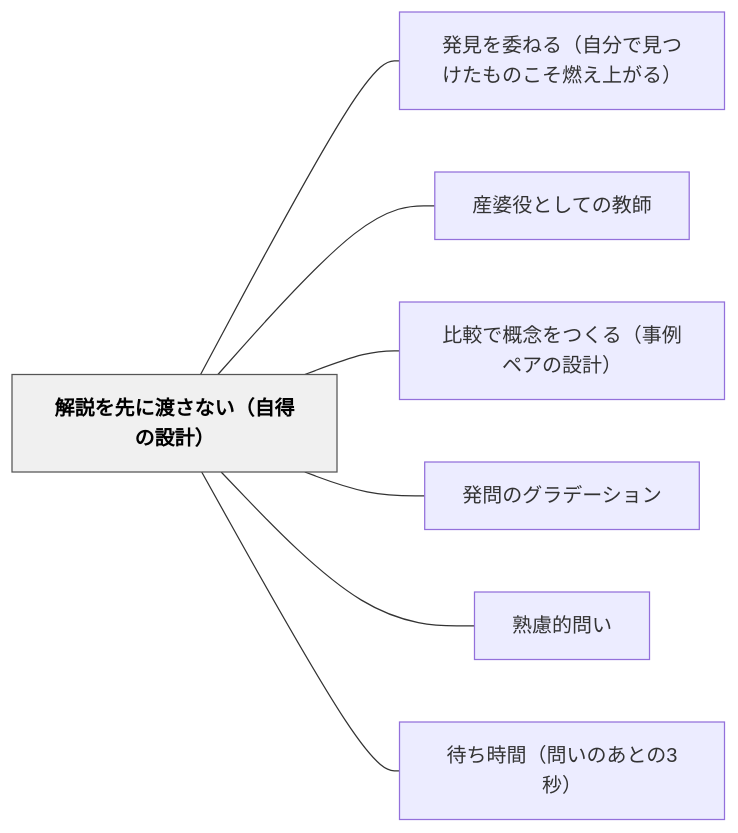
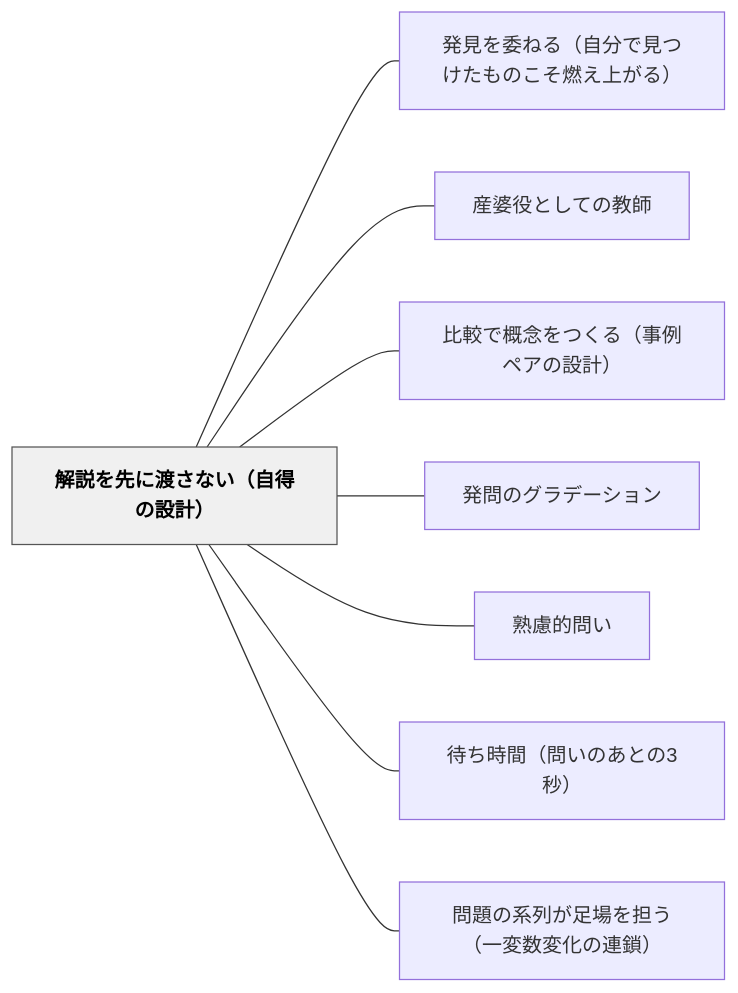
Before and after one commit to unknownthings-ed-patterns/unknownthings-ed-patterns: the diagram in content/パタン/解説を先に渡さない（自得の設計）.md, drawn with Mermaid. The commit also changed other lines of this file and 4 other files, not shown here.

````diff
--- a/content/パタン/解説を先に渡さない（自得の設計）.md
+++ b/content/パタン/解説を先に渡さない（自得の設計）.md
@@ -90,20 +91,22 @@
 ```mermaid
 flowchart LR
     ne8a7a3e8aaace38292e58588e381abe6b8a1e38195e381aae38184efbc88e887aae5be97e381aee8a8ade8a888efbc89["解説を先に渡さない（自得の設計）"]
     ne799bae8a68be38292e5a794e381ade3828befbc88e887aae58886e381a7e8a68be381a4e38191e3819fe38282e381aee38193e3819de78783e38188e4b88ae3818ce3828befbc89["発見を委ねる（自分で見つけたものこそ燃え上がる）"]
     ne794a3e5a986e5bdb9e381a8e38197e381a6e381aee69599e5b8ab["産婆役としての教師"]
     ne6af94e8bc83e381a7e6a682e5bfb5e38292e381a4e3818fe3828befbc88e4ba8be4be8be3839ae382a2e381aee8a8ade8a888efbc89["比較で概念をつくる（事例ペアの設計）"]
     ne799bae5958fe381aee382b0e383a9e38387e383bce382b7e383a7e383b3["発問のグラデーション"]
     ne7869fe685aee79a84e5958fe38184["熟慮的問い"]
     ne5be85e381a1e69982e99693efbc88e5958fe38184e381aee38182e381a8e381ae33e7a792efbc89["待ち時間（問いのあとの3秒）"]
+    ne5958fe9a18ce381aee7b3bbe58897e3818ce8b6b3e5a0b4e38292e68b85e38186efbc88e4b880e5a489e695b0e5a489e58c96e381aee980a3e98e96efbc89["問題の系列が足場を担う（一変数変化の連鎖）"]
 
     ne8a7a3e8aaace38292e58588e381abe6b8a1e38195e381aae38184efbc88e887aae5be97e381aee8a8ade8a888efbc89 --- ne799bae8a68be38292e5a794e381ade3828befbc88e887aae58886e381a7e8a68be381a4e38191e3819fe38282e381aee38193e3819de78783e38188e4b88ae3818ce3828befbc89
     ne8a7a3e8aaace38292e58588e381abe6b8a1e38195e381aae38184efbc88e887aae5be97e381aee8a8ade8a888efbc89 --- ne794a3e5a986e5bdb9e381a8e38197e381a6e381aee69599e5b8ab
     ne8a7a3e8aaace38292e58588e381abe6b8a1e38195e381aae38184efbc88e887aae5be97e381aee8a8ade8a888efbc89 --- ne6af94e8bc83e381a7e6a682e5bfb5e38292e381a4e3818fe3828befbc88e4ba8be4be8be3839ae382a2e381aee8a8ade8a888efbc89
     ne8a7a3e8aaace38292e58588e381abe6b8a1e38195e381aae38184efbc88e887aae5be97e381aee8a8ade8a888efbc89 --- ne799bae5958fe381aee382b0e383a9e38387e383bce382b7e383a7e383b3
     ne8a7a3e8aaace38292e58588e381abe6b8a1e38195e381aae38184efbc88e887aae5be97e381aee8a8ade8a888efbc89 --- ne7869fe685aee79a84e5958fe38184
     ne8a7a3e8aaace38292e58588e381abe6b8a1e38195e381aae38184efbc88e887aae5be97e381aee8a8ade8a888efbc89 --- ne5be85e381a1e69982e99693efbc88e5958fe38184e381aee38182e381a8e381ae33e7a792efbc89
+    ne8a7a3e8aaace38292e58588e381abe6b8a1e38195e381aae38184efbc88e887aae5be97e381aee8a8ade8a888efbc89 --- ne5958fe9a18ce381aee7b3bbe58897e3818ce8b6b3e5a0b4e38292e68b85e38186efbc88e4b880e5a489e695b0e5a489e58c96e381aee980a3e98e96efbc89
 
     classDef hub fill:#f0f0f0,stroke:#555,color:#000,font-weight:bold
     class ne8a7a3e8aaace38292e58588e381abe6b8a1e38195e381aae38184efbc88e887aae5be97e381aee8a8ade8a888efbc89 hub
 ```
````
